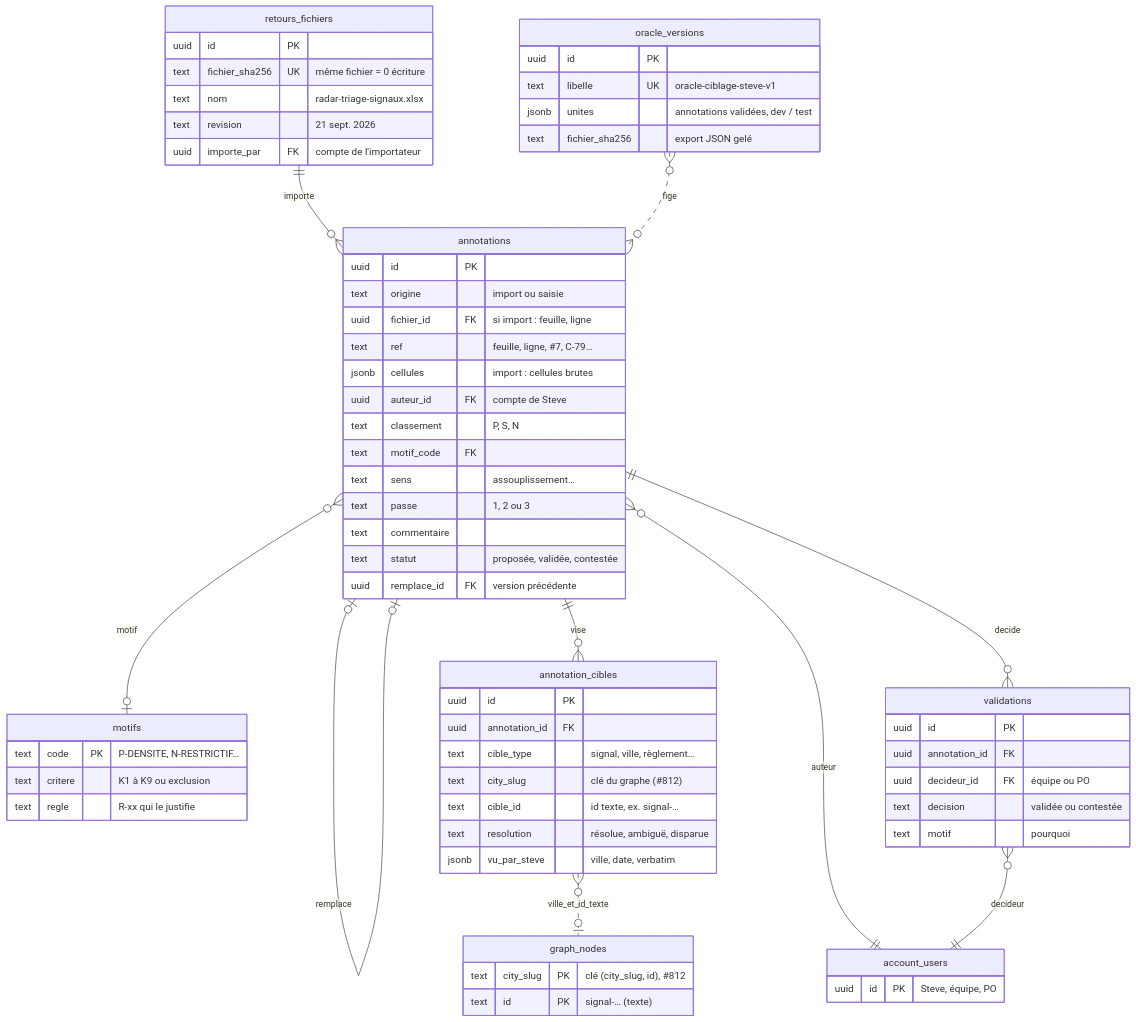
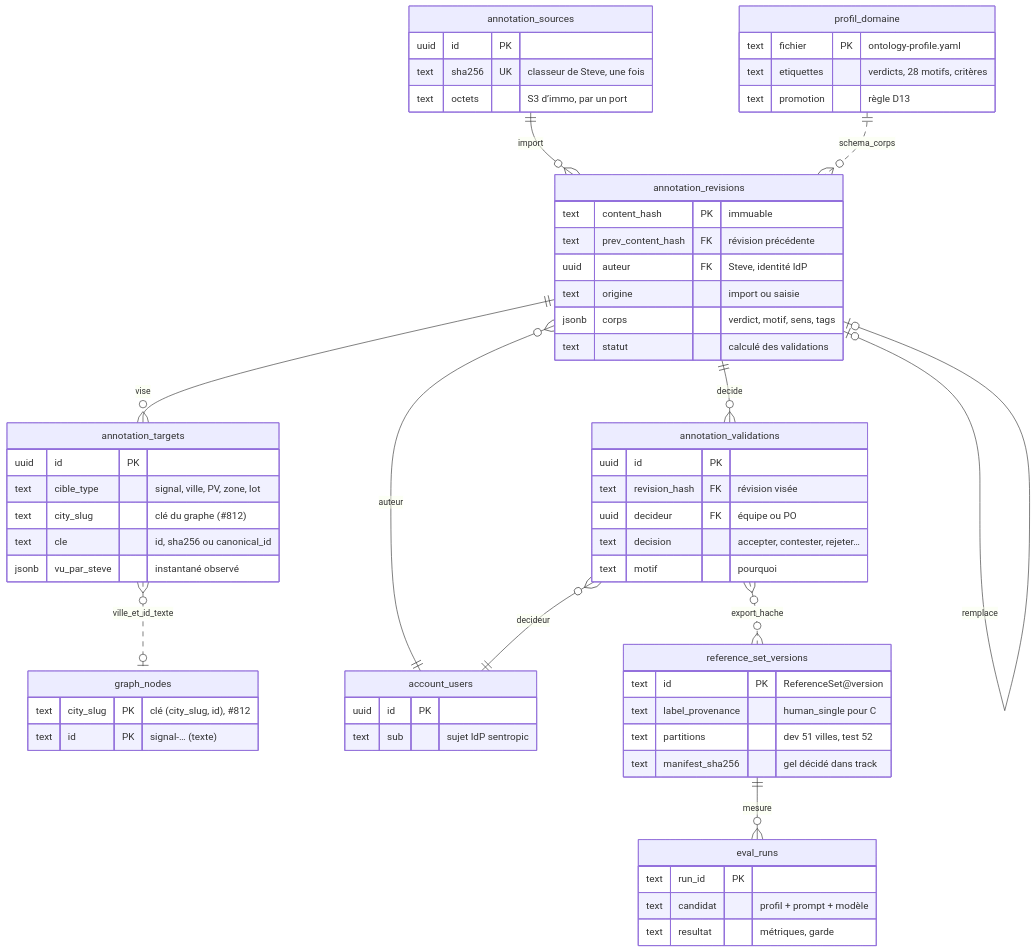
The fifth of 22 diagrams in docs/spec/reports/dossier-retours-steve/DOSSIER_DECISION_RETOURS_STEVE_2026-10-03.md (rhanka/radar-immobilier), drawn with Mermaid before and after one commit. The commit also changed other lines of this file and 47 other files, not shown here.

````diff
--- a/docs/spec/reports/dossier-retours-steve/DOSSIER_DECISION_RETOURS_STEVE_2026-10-03.md
+++ b/docs/spec/reports/dossier-retours-steve/DOSSIER_DECISION_RETOURS_STEVE_2026-10-03.md
@@ -865,68 +904,64 @@
 ```mermaid
 erDiagram
-    retours_fichiers ||--o{ annotations : importe
-    annotations }o--o| motifs : motif
-    annotations |o--o| annotations : remplace
-    annotations ||--o{ annotation_cibles : vise
-    annotation_cibles }o..o| graph_nodes : ville_et_id_texte
-    annotations ||--o{ validations : decide
-    annotations }o--|| account_users : auteur
-    validations }o--|| account_users : decideur
-    oracle_versions }o..o{ annotations : fige
-    retours_fichiers {
+    annotation_sources ||--o{ annotation_revisions : import
+    annotation_revisions |o--o| annotation_revisions : remplace
+    annotation_revisions ||--o{ annotation_validations : decide
+    annotation_revisions ||--o{ annotation_targets : vise
+    annotation_targets }o..o| graph_nodes : ville_et_id_texte
+    annotation_revisions }o--|| account_users : auteur
+    annotation_validations }o--|| account_users : decideur
+    profil_domaine ||..o{ annotation_revisions : schema_corps
+    annotation_validations }o..o{ reference_set_versions : export_hache
+    reference_set_versions ||--o{ eval_runs : mesure
+    annotation_sources {
       uuid id PK
-      text fichier_sha256 UK "même fichier = 0 écriture"
-      text nom "radar-triage-signaux.xlsx"
-      text revision "21 sept. 2026"
-      uuid importe_par FK "compte de l'importateur"
+      text sha256 UK "classeur de Steve, une fois"
+      text octets "S3 d’immo, par un port"
     }
-    annotations {
+    annotation_revisions {
+      text content_hash PK "immuable"
+      text prev_content_hash FK "révision précédente"
+      uuid auteur FK "Steve, identité IdP"
+      text origine "import ou saisie"
+      jsonb corps "verdict, motif, sens, tags"
+      text statut "calculé des validations"
+    }
+    annotation_validations {
       uuid id PK
-      text origine "import ou saisie"
-      uuid fichier_id FK "si import : feuille, ligne"
-      text ref "feuille, ligne, #7, C-79…"
-      jsonb cellules "import : cellules brutes"
-      uuid auteur_id FK "compte de Steve"
-      text classement "P, S, N"
-      text motif_code FK
-      text sens "assouplissement…"
-      text passe "1, 2 ou 3"
-      text commentaire
-      text statut "proposée, validée, contestée"
-      uuid remplace_id FK "version précédente"
-    }
-    motifs {
-      text code PK "P-DENSITE, N-RESTRICTIF…"
-      text critere "K1 à K9 ou exclusion"
-      text regle "R-xx qui le justifie"
-    }
-    validations {
-      uuid id PK
-      uuid annotation_id FK
-      uuid decideur_id FK "équipe ou PO"
-      text decision "validée ou contestée"
+      text revision_hash FK "révision visée"
+      uuid decideur FK "équipe ou PO"
+      text decision "accepter, contester, rejeter…"
       text motif "pourquoi"
     }
-    annotation_cibles {
+    annotation_targets {
       uuid id PK
-      uuid annotation_id FK
-      text cible_type "signal, ville, règlement…"
+      text cible_type "signal, ville, PV, zone, lot"
       text city_slug "clé du graphe (#812)"
-      text cible_id "id texte, ex. signal-…"
-      text resolution "résolue, ambiguë, disparue"
-      jsonb vu_par_steve "ville, date, verbatim"
+      text cle "id, sha256 ou canonical_id"
+      jsonb vu_par_steve "instantané observé"
+    }
+    profil_domaine {
+      text fichier PK "ontology-profile.yaml"
+      text etiquettes "verdicts, 28 motifs, critères"
+      text promotion "règle D13"
+    }
+    account_users {
+      uuid id PK
+      text sub "sujet IdP sentropic"
     }
     graph_nodes {
       text city_slug PK "clé (city_slug, id), #812"
       text id PK "signal-… (texte)"
     }
-    account_users {
-      uuid id PK "Steve, équipe, PO"
+    reference_set_versions {
+      text id PK "ReferenceSet@version"
+      text label_provenance "human_single pour C"
+      text partitions "dev 51 villes, test 52"
+      text manifest_sha256 "gel décidé dans track"
     }
-    oracle_versions {
-      uuid id PK
-      text libelle UK "oracle-ciblage-steve-v1"
-      jsonb unites "annotations validées, dev / test"
-      text fichier_sha256 "export JSON gelé"
+    eval_runs {
+      text run_id PK
+      text candidat "profil + prompt + modèle"
+      text resultat "métriques, garde"
     }
 ```
````
